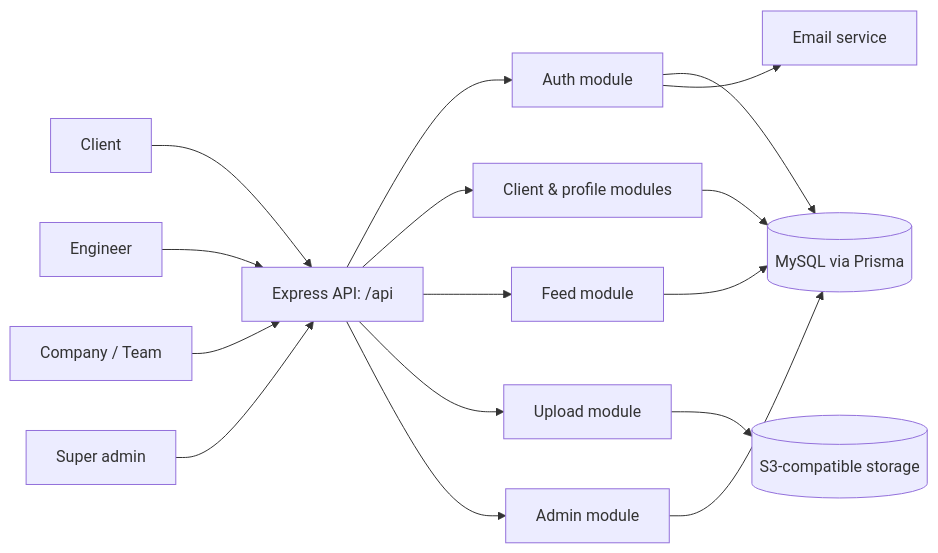
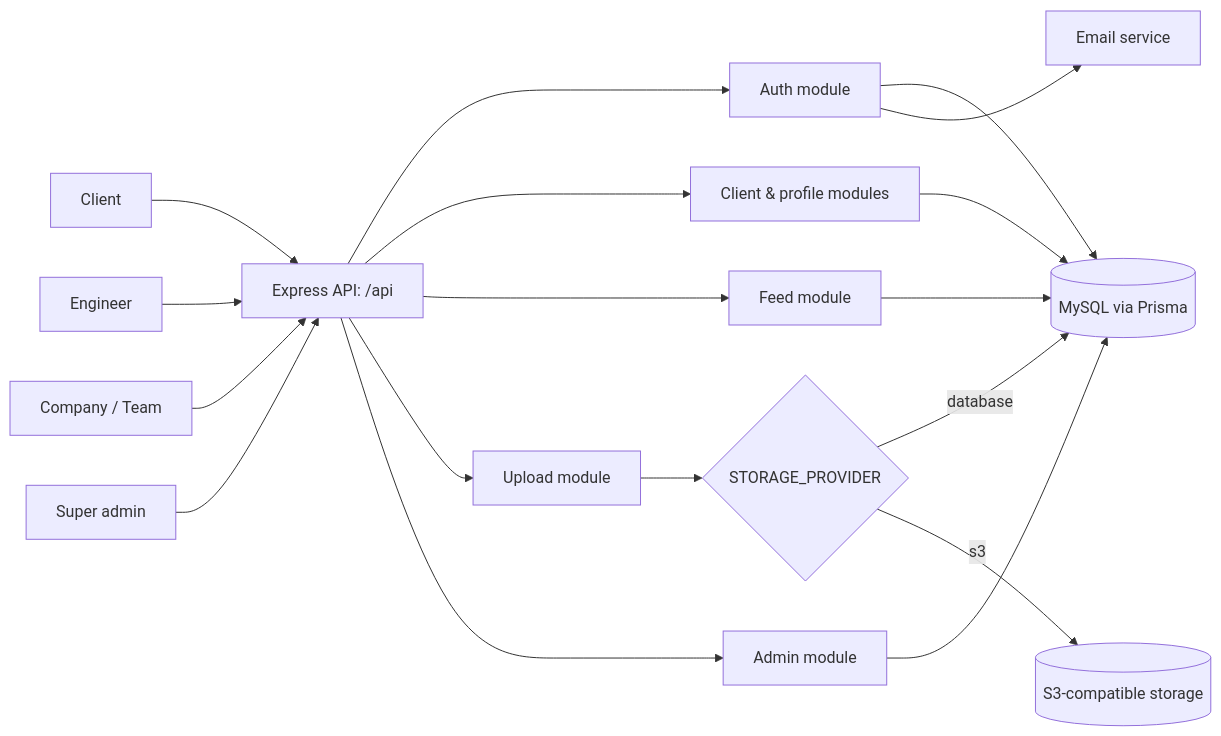
Before and after one commit to ShinThantN/Enginex_Node: the first of 6 diagrams in docs/PROJECT_OVERVIEW.md, drawn with Mermaid. The commit also changed other lines of this file and 25 other files, not shown here.

````diff
--- a/docs/PROJECT_OVERVIEW.md
+++ b/docs/PROJECT_OVERVIEW.md
@@ -16,33 +16,36 @@
 ```mermaid
 flowchart LR
     Client[Client]
     Engineer[Engineer]
     Team[Company / Team]
     Admin[Super admin]
 
     API[Express API: /api]
     Auth[Auth module]
     Profiles[Client & profile modules]
     Feed[Feed module]
     Uploads[Upload module]
     AdminModule[Admin module]
     DB[(MySQL via Prisma)]
+    ImageStorage{STORAGE_PROVIDER}
     S3[(S3-compatible storage)]
     Email[Email service]
 
     Client --> API
     Engineer --> API
     Team --> API
     Admin --> API
     API --> Auth
     API --> Profiles
     API --> Feed
     API --> Uploads
     API --> AdminModule
     Auth --> DB
     Auth --> Email
     Profiles --> DB
     Feed --> DB
     AdminModule --> DB
-    Uploads --> S3
+    Uploads --> ImageStorage
+    ImageStorage -->|database| DB
+    ImageStorage -->|s3| S3
 ```
````
